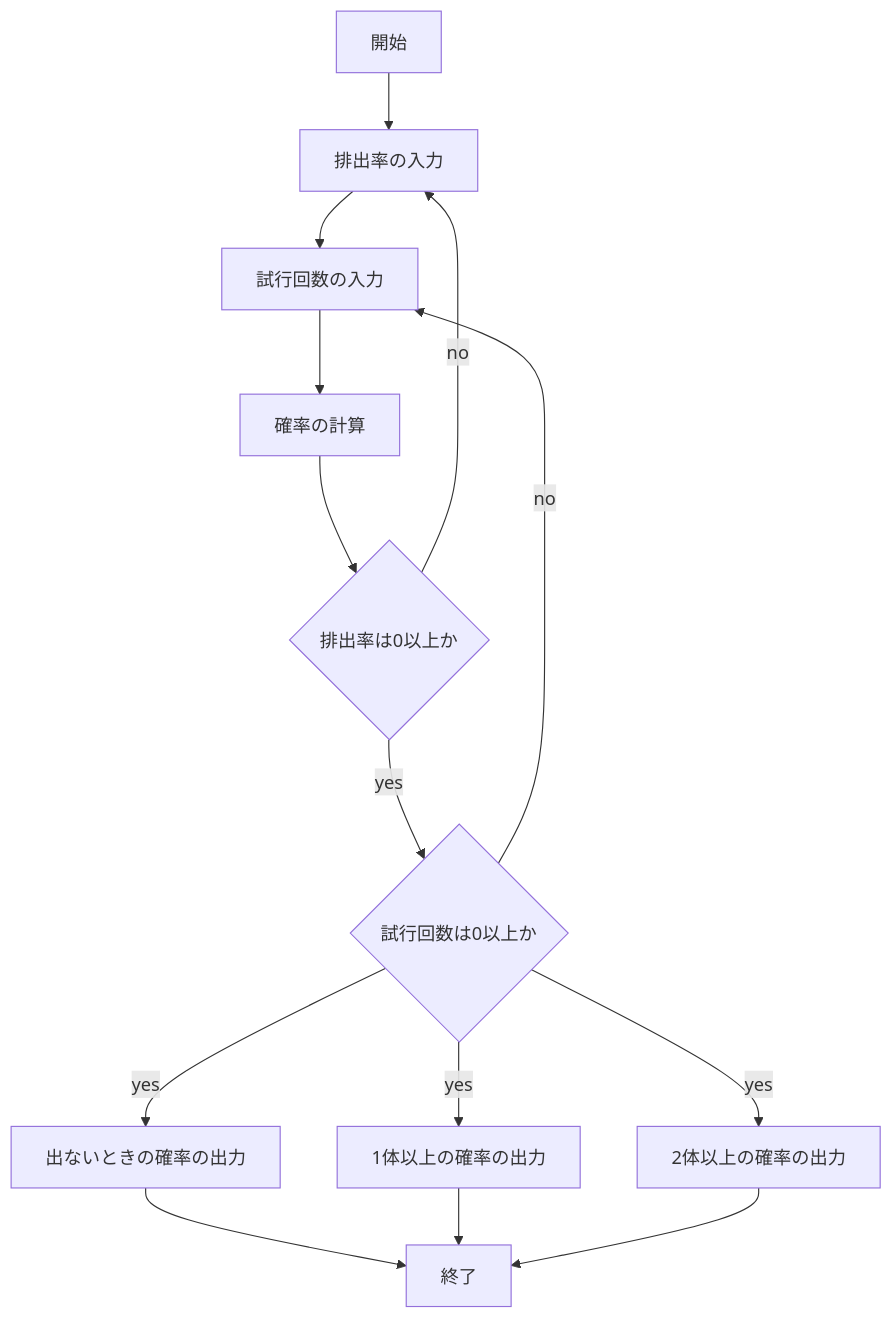
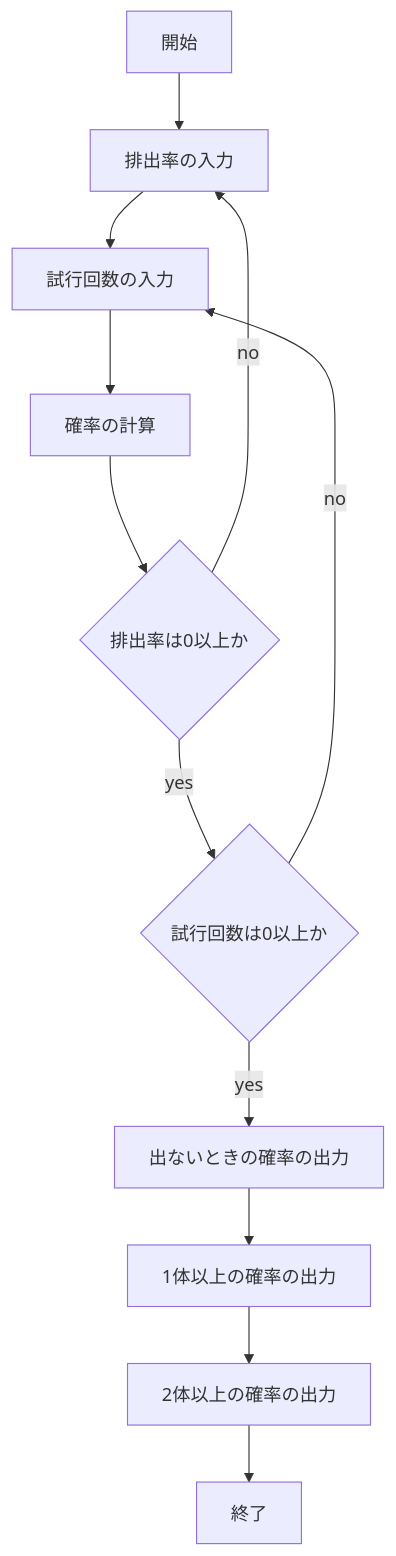
The second of 2 diagrams in README.md (Oguchi-Haruto/webpro_06), drawn with Mermaid before and after one commit. The commit also changed 4 other files, not shown here.

````diff
--- a/README.md
+++ b/README.md
@@ -100,29 +100,27 @@
 ```mermaid
 flowchart TD;
 
 start["開始"];
 end1["終了"]
 nyuryoku1["排出率の入力"]
 nyuryoku2["試行回数の入力"]
 keisan["確率の計算"]
 if1{"排出率は0以上か"}
 if2{"試行回数は0以上か"}
 syu0["出ないときの確率の出力"]
 syu1["1体以上の確率の出力"]
 syu2["2体以上の確率の出力"]
 
 
 start --> nyuryoku1
 nyuryoku1 --> nyuryoku2
 nyuryoku2 --> keisan
 keisan --> if1
 if1 --> |yes|if2
 if1 --> |no|nyuryoku1
 if2 --> |yes|syu0 
-if2 --> |yes|syu1 
-if2 --> |yes|syu2
+syu0 --> syu1 
+syu1 --> syu2 
 if2 --> |no|nyuryoku2
-syu0 --> end1
-syu1 --> end1
 syu2 --> end1
 ```
````
